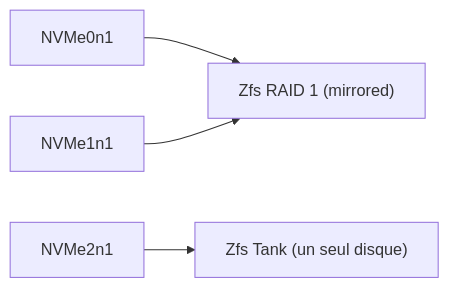
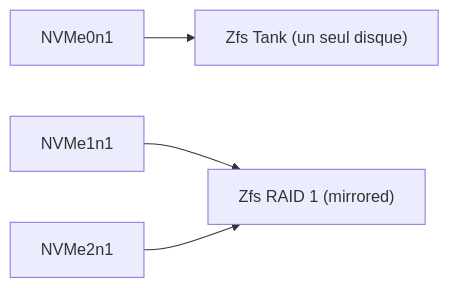
Before and after one commit to Ergeiz/Homelab: the diagram in docs/installation-hyperviseur_principal-proxmox.md, drawn with Mermaid. The commit also changed other lines of this file, not shown here.

````diff
--- a/docs/installation-hyperviseur_principal-proxmox.md
+++ b/docs/installation-hyperviseur_principal-proxmox.md
@@ -3,17 +5,17 @@
 ```mermaid
 
 flowchart LR
 
 id1[NVMe0n1]
 id2[NVMe1n1]
 id3[NVMe2n1]
 
 R["Zfs RAID 1 (mirrored)"]
 T["Zfs Tank (un seul disque)"]
 
-id1 --> R
 id2 --> R
+id3 --> R
 
-id3 --> T
+id1 --> T
 
 ```
````
